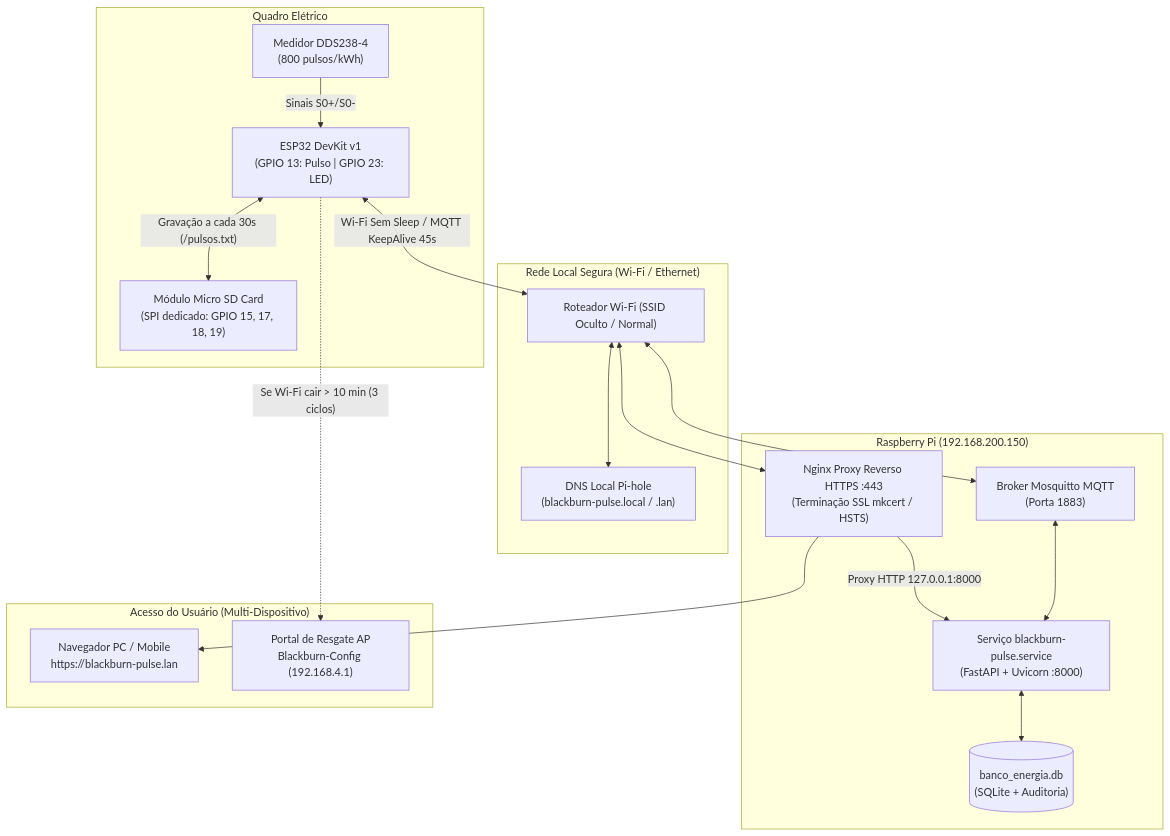
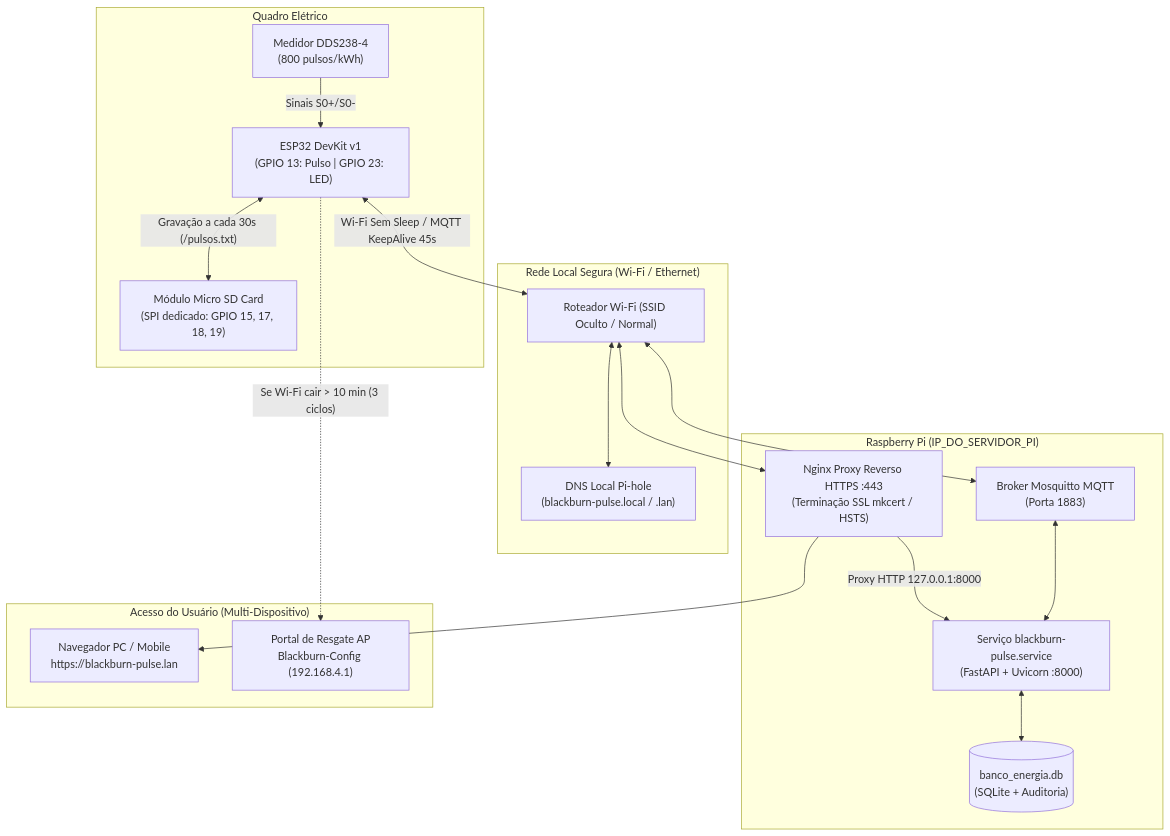
Before and after one commit to andmuniz/Blackburn-Pulse: the diagram in MANUAL_Blackburn-Pulse.md, drawn with Mermaid. The commit also changed other lines of this file and 5 other files, not shown here.

Commit message:
Diagrama 1.0

````diff
--- a/MANUAL_Blackburn-Pulse.md
+++ b/MANUAL_Blackburn-Pulse.md
@@ -37,40 +37,40 @@
 ```mermaid
 flowchart TD
     subgraph Quadro["Quadro Elétrico"]
         DDS["Medidor DDS238-4\n(800 pulsos/kWh)"]
         ESP["ESP32 DevKit v1\n(GPIO 13: Pulso | GPIO 23: LED)"]
         SD["Módulo Micro SD Card\n(SPI dedicado: GPIO 15, 17, 18, 19)"]
         
         DDS -->|"Sinais S0+/S0-"| ESP
         ESP <-->|"Gravação a cada 30s (/pulsos.txt)"| SD
     end
 
     subgraph Rede["Rede Local Segura (Wi-Fi / Ethernet)"]
         AP["Roteador Wi-Fi (SSID Oculto / Normal)"]
         PIHOLE["DNS Local Pi-hole\n(blackburn-pulse.local / .lan)"]
         
         ESP <-->|"Wi-Fi Sem Sleep / MQTT KeepAlive 45s"| AP
         AP <--> PIHOLE
     end
 
-    subgraph Servidor["Raspberry Pi (192.168.200.150)"]
+    subgraph Servidor["Raspberry Pi (IP_DO_SERVIDOR_PI)"]
         NGINX["Nginx Proxy Reverso HTTPS :443\n(Terminação SSL mkcert / HSTS)"]
         MOSQ["Broker Mosquitto MQTT\n(Porta 1883)"]
         SVC["Serviço blackburn-pulse.service\n(FastAPI + Uvicorn :8000)"]
         DB[("banco_energia.db\n(SQLite + Auditoria)")]
         
         AP <--> NGINX
         AP <--> MOSQ
         NGINX -->|"Proxy HTTP 127.0.0.1:8000"| SVC
         MOSQ <--> SVC
         SVC <--> DB
     end
 
     subgraph Clientes["Acesso do Usuário (Multi-Dispositivo)"]
         PC["Navegador PC / Mobile\nhttps://blackburn-pulse.lan"]
         RESCUE["Portal de Resgate AP\nBlackburn-Config (192.168.4.1)"]
         
         NGINX --> PC
         ESP -.->|"Se Wi-Fi cair > 10 min (3 ciclos)"| RESCUE
     end
 ```
````
